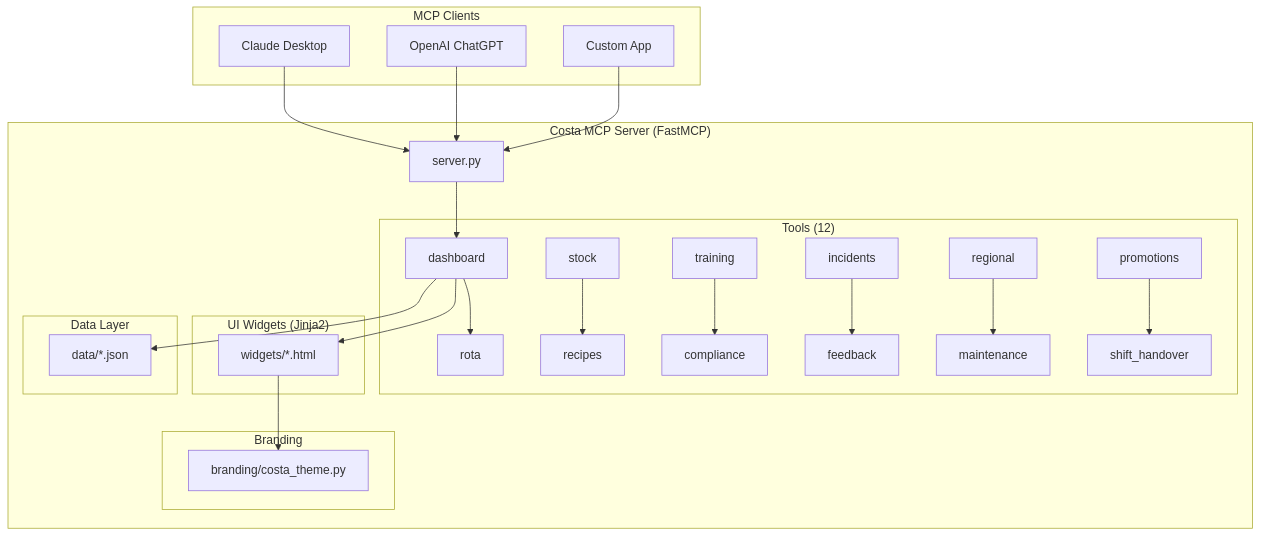
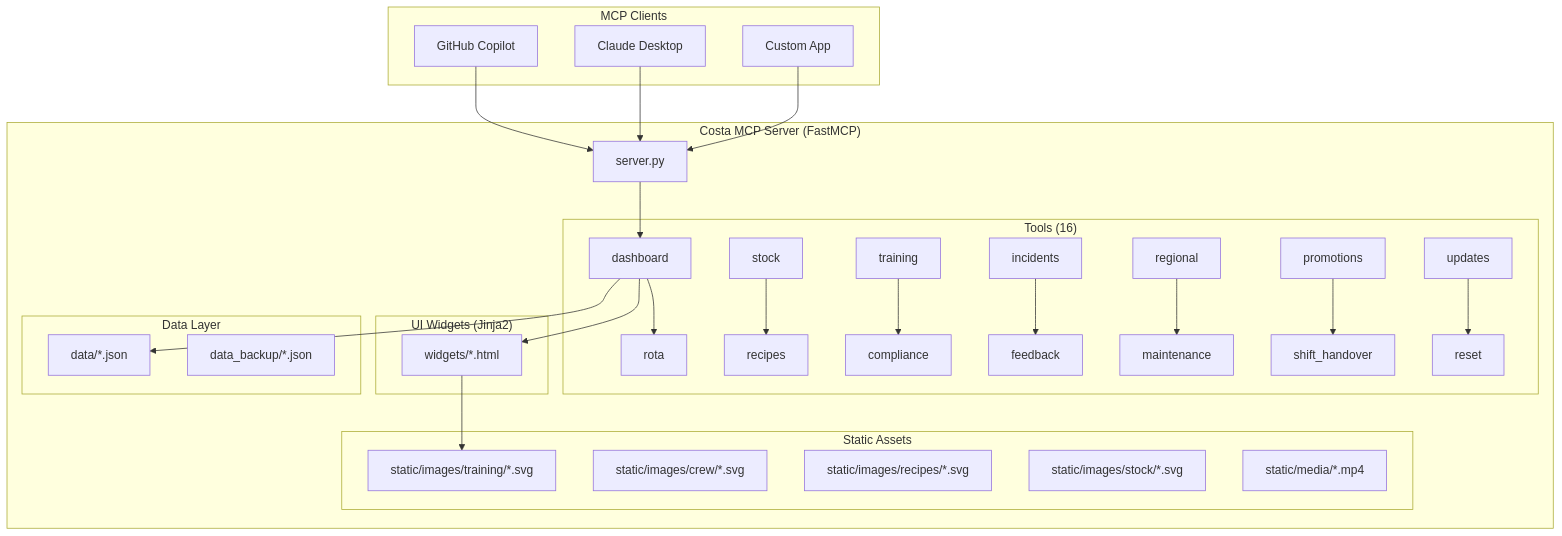
The diagram in README.md (scadam/retail-mcp), drawn with Mermaid before and after one commit. The commit also changed other lines of this file and 3 other files, not shown here.

````diff
--- a/README.md
+++ b/README.md
@@ -7,37 +46,43 @@
 ```mermaid
 graph TD
     subgraph "MCP Clients"
-        C1[Claude Desktop]
-        C2[OpenAI ChatGPT]
+        C1[GitHub Copilot]
+        C2[Claude Desktop]
         C3[Custom App]
     end
 
     subgraph "Costa MCP Server (FastMCP)"
         S[server.py]
-        subgraph "Tools (12)"
+        subgraph "Tools (16)"
             T1[dashboard] --> T2[rota]
             T3[stock] --> T4[recipes]
             T5[training] --> T6[compliance]
             T7[incidents] --> T8[feedback]
             T9[regional] --> T10[maintenance]
             T11[promotions] --> T12[shift_handover]
+            T13[updates] --> T14[reset]
         end
         subgraph "UI Widgets (Jinja2)"
             W[widgets/*.html]
         end
         subgraph "Data Layer"
             D[data/*.json]
+            DB[data_backup/*.json]
         end
-        subgraph "Branding"
-            B[branding/costa_theme.py]
+        subgraph "Static Assets"
+            I[static/images/training/*.svg]
+            IC[static/images/crew/*.svg]
+            IR[static/images/recipes/*.svg]
+            IS[static/images/stock/*.svg]
+            IV[static/media/*.mp4]
         end
         S --> T1
         T1 --> W
         T1 --> D
-        W --> B
+        W --> I
     end
 
     C1 --> S
     C2 --> S
     C3 --> S
 ```
````
